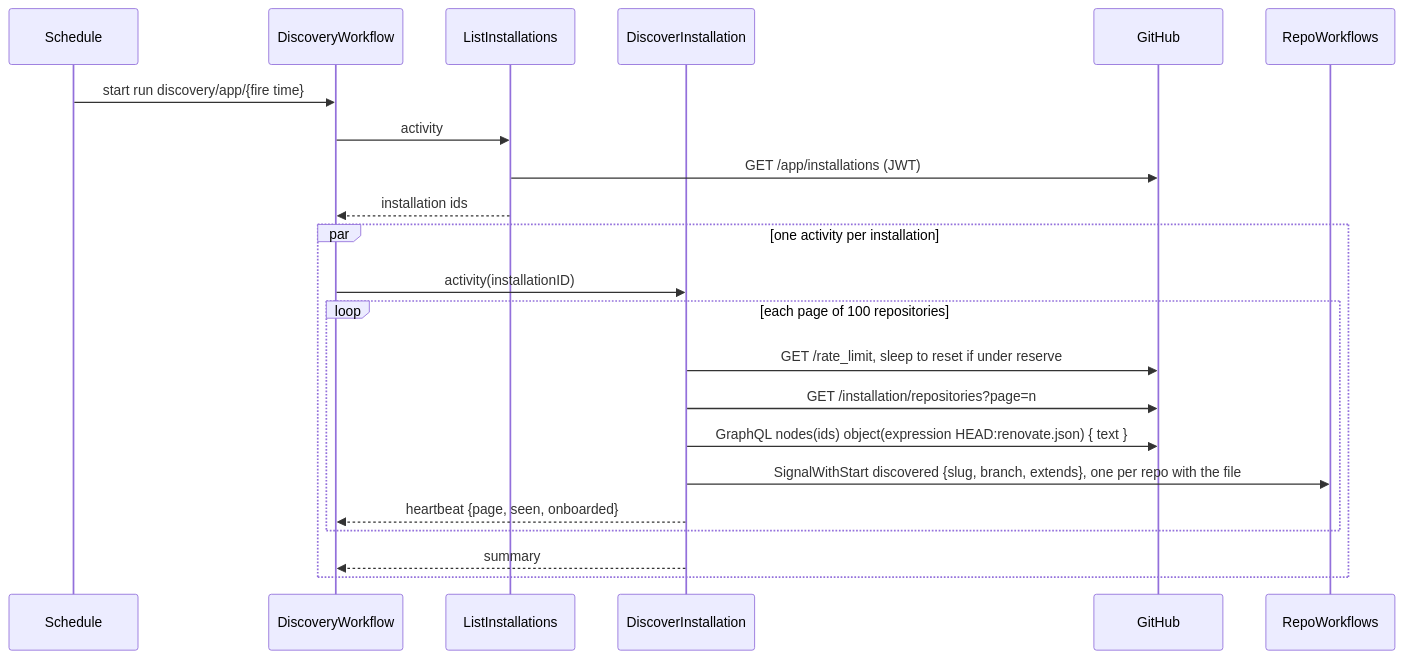
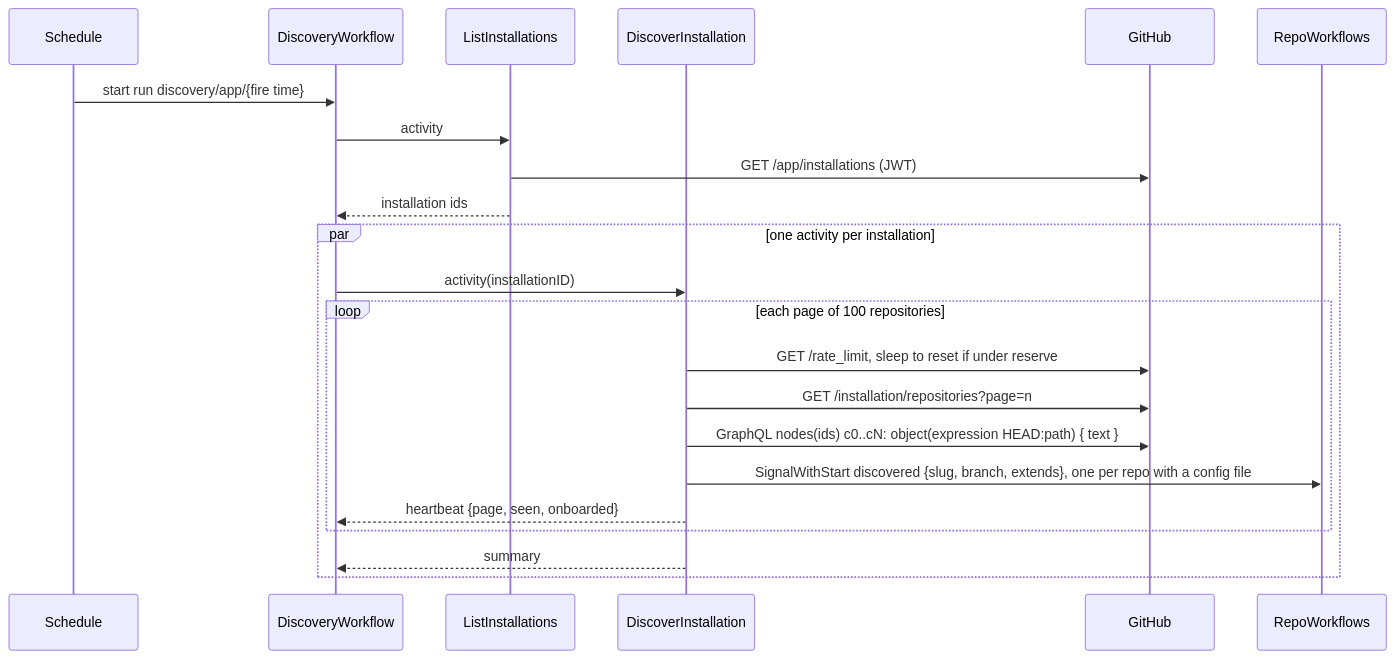
The second of 4 diagrams in docs/design/0001-boopd-spike-workflows-runrenovate-activity-and-worker.md (donaldgifford/boop), drawn with Mermaid before and after one commit. The commit also changed other lines of this file and 2 other files, not shown here.

First line of the commit message:
docs(design-0001): amend OQ3 to probe every Renovate config file name

````diff
--- a/docs/design/0001-boopd-spike-workflows-runrenovate-activity-and-worker.md
+++ b/docs/design/0001-boopd-spike-workflows-runrenovate-activity-and-worker.md
@@ -308,24 +309,24 @@
 ```mermaid
 sequenceDiagram
   participant S as Schedule
   participant DW as DiscoveryWorkflow
   participant LI as ListInstallations
   participant DI as DiscoverInstallation
   participant GH as GitHub
   participant RW as RepoWorkflows
   S->>DW: start run discovery/app/{fire time}
   DW->>LI: activity
   LI->>GH: GET /app/installations (JWT)
   LI-->>DW: installation ids
   par one activity per installation
     DW->>DI: activity(installationID)
     loop each page of 100 repositories
       DI->>GH: GET /rate_limit, sleep to reset if under reserve
       DI->>GH: GET /installation/repositories?page=n
-      DI->>GH: GraphQL nodes(ids) object(expression HEAD:renovate.json) { text }
-      DI->>RW: SignalWithStart discovered {slug, branch, extends}, one per repo with the file
+      DI->>GH: GraphQL nodes(ids) c0..cN: object(expression HEAD:path) { text }
+      DI->>RW: SignalWithStart discovered {slug, branch, extends}, one per repo with a config file
       DI-->>DW: heartbeat {page, seen, onboarded}
     end
     DI-->>DW: summary
   end
 ```
````
